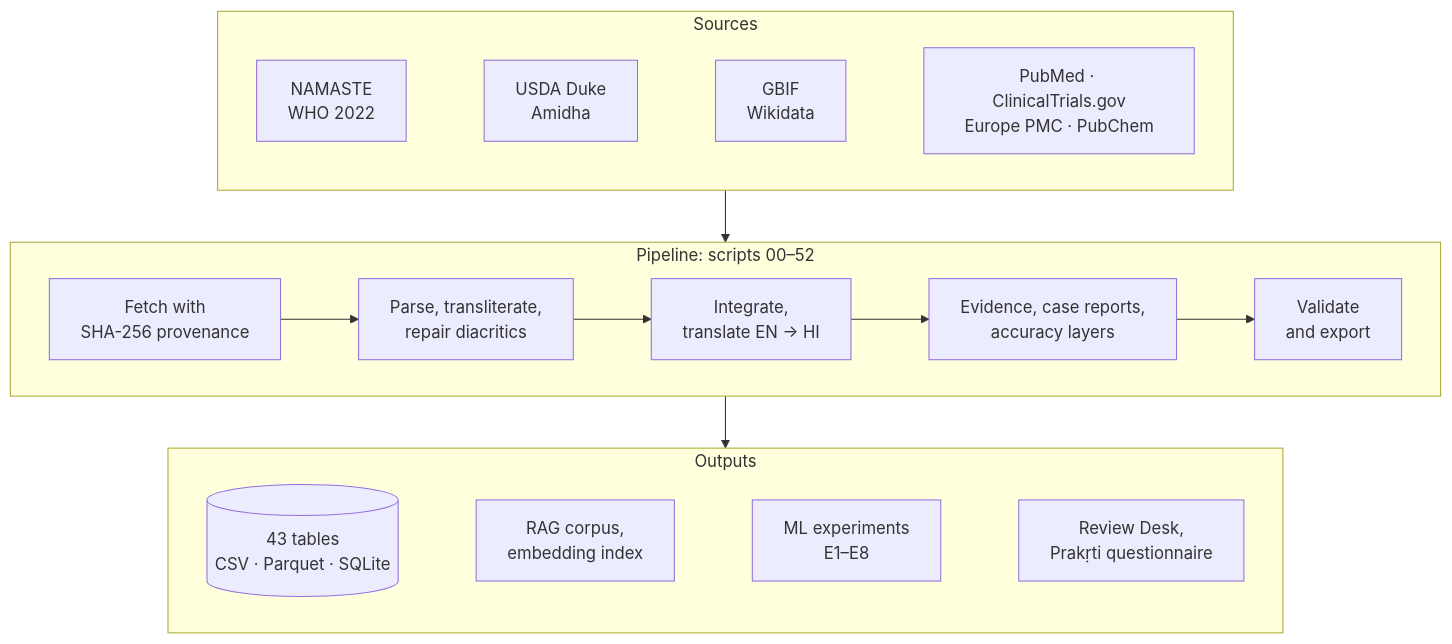
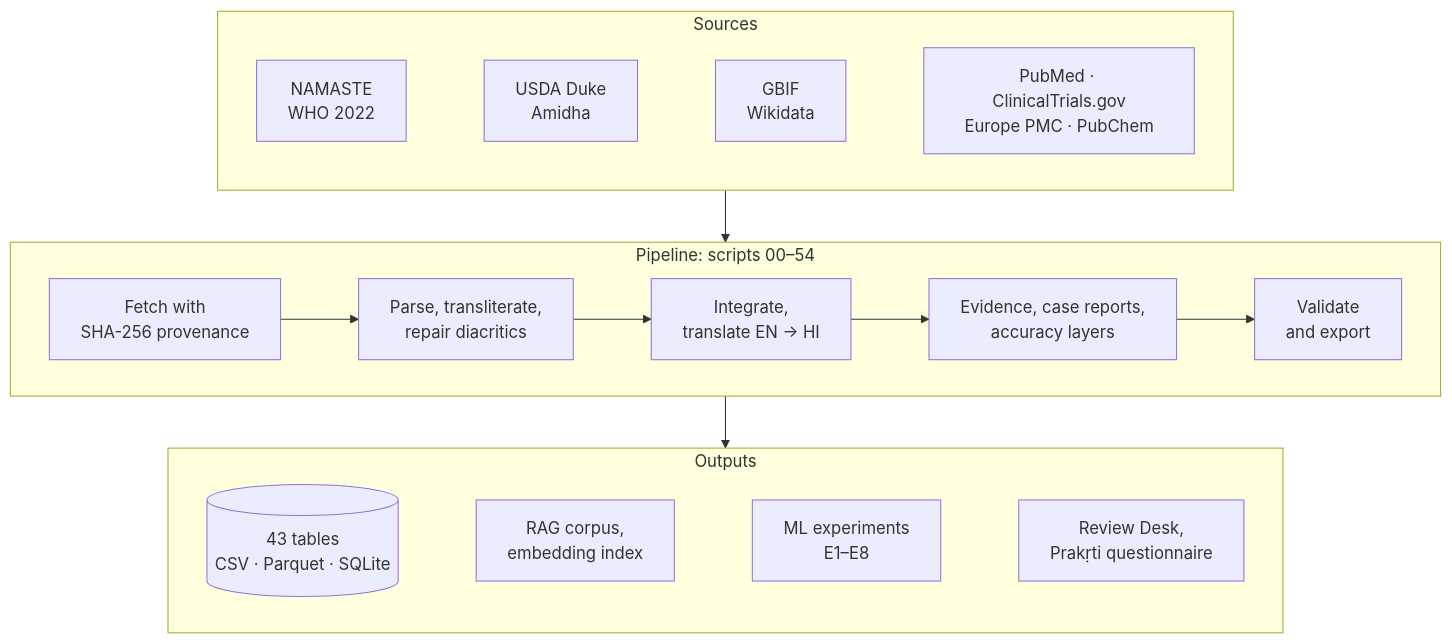
One commit to IAbdullahSlash/Ayurveda-dataset changed the diagram in README.md. Above: the diagram before and after it, drawn with Mermaid. The commit also changed other lines of this file and 6 other files, not shown here.

````diff
--- a/README.md
+++ b/README.md
@@ -210,16 +210,16 @@
 ```mermaid
 flowchart TB
     subgraph SRC["Sources"]
         direction LR
         S1["NAMASTE<br/>WHO 2022"] ~~~ S2["USDA Duke<br/>Amidha"] ~~~ S3["GBIF<br/>Wikidata"] ~~~ S4["PubMed · ClinicalTrials.gov<br/>Europe PMC · PubChem"]
     end
-    subgraph PIPE["Pipeline: scripts 00–52"]
+    subgraph PIPE["Pipeline: scripts 00–54"]
         direction LR
         P1["Fetch with<br/>SHA-256 provenance"] --> P2["Parse, transliterate,<br/>repair diacritics"] --> P3["Integrate,<br/>translate EN → HI"] --> P4["Evidence, case reports,<br/>accuracy layers"] --> P5["Validate<br/>and export"]
     end
     subgraph OUT["Outputs"]
         direction LR
         O1[("43 tables<br/>CSV · Parquet · SQLite")] ~~~ O2["RAG corpus,<br/>embedding index"] ~~~ O3["ML experiments<br/>E1–E8"] ~~~ O4["Review Desk,<br/>Prakṛti questionnaire"]
     end
     SRC --> PIPE --> OUT
 ```
````
